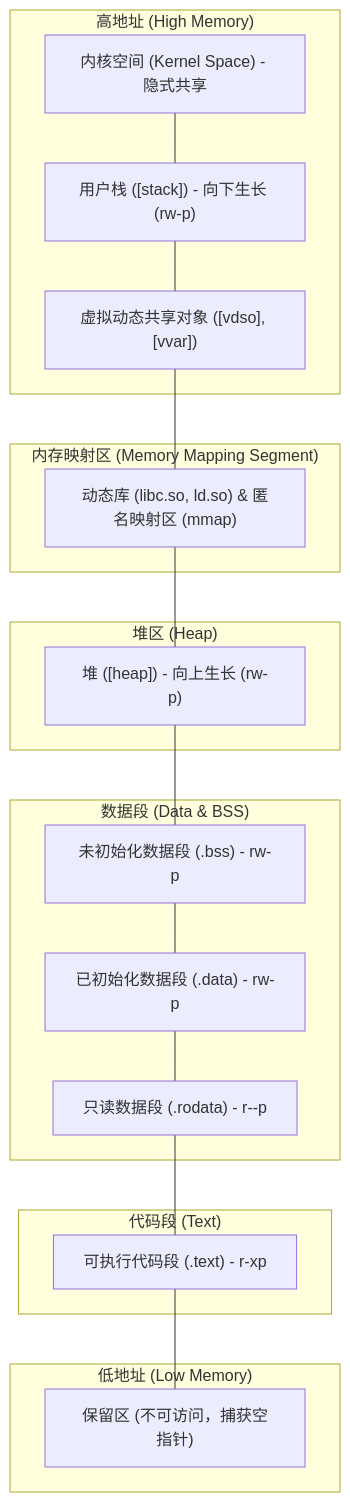
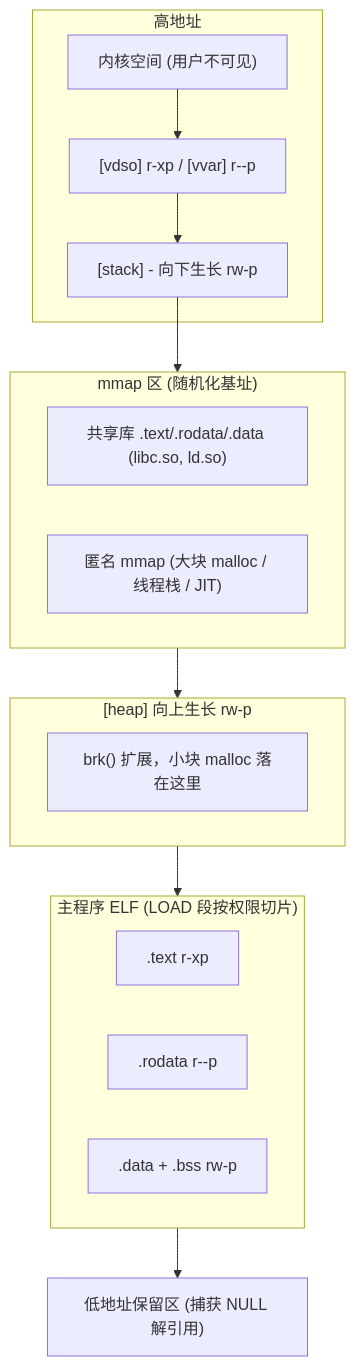
Before and after one commit to yceachan/Neo-Embedded-Linux: the diagram in note/虚拟化/进程地址空间/00-进程地址空间.md, drawn with Mermaid. The commit also changed other lines of this file and 92 other files, not shown here.

````diff
--- a/note/虚拟化/进程地址空间/00-进程地址空间.md
+++ b/note/虚拟化/进程地址空间/00-进程地址空间.md
@@ -92,35 +38,23 @@
 ```mermaid
 graph TD
-    subgraph "高地址 (High Memory)"
-        Kernel["内核空间 (Kernel Space) - 隐式共享"]
-        Stack["用户栈 ([stack]) - 向下生长 (rw-p)"]
-        VDSO["虚拟动态共享对象 ([vdso], [vvar])"]
+    subgraph High["高地址"]
+        K["内核空间 (用户不可见)"]
+        VD["[vdso] r-xp / [vvar] r--p"]
+        ST["[stack] - 向下生长 rw-p"]
     end
-    subgraph "内存映射区 (Memory Mapping Segment)"
-        Mmap["动态库 (libc.so, ld.so) & 匿名映射区 (mmap)"]
+    subgraph MMAP["mmap 区 (随机化基址)"]
+        L["共享库 .text/.rodata/.data (libc.so, ld.so)"]
+        A["匿名 mmap (大块 malloc / 线程栈 / JIT)"]
     end
-    subgraph "堆区 (Heap)"
-        Heap["堆 ([heap]) - 向上生长 (rw-p)"]
+    subgraph Heap["[heap] 向上生长 rw-p"]
+        H["brk() 扩展，小块 malloc 落在这里"]
     end
-    subgraph "数据段 (Data & BSS)"
-        BSS["未初始化数据段 (.bss) - rw-p"]
-        Data["已初始化数据段 (.data) - rw-p"]
-        Rodata["只读数据段 (.rodata) - r--p"]
+    subgraph Exe["主程序 ELF (LOAD 段按权限切片)"]
+        T1[".text  r-xp"]
+        T2[".rodata r--p"]
+        T3[".data + .bss  rw-p"]
     end
-    subgraph "代码段 (Text)"
-        Text["可执行代码段 (.text) - r-xp"]
-    end
-    subgraph "低地址 (Low Memory)"
-        Null["保留区 (不可访问，捕获空指针)"]
-    end
+    NULL["低地址保留区 (捕获 NULL 解引用)"]
 
-    Kernel --- Stack
-    Stack --- VDSO
-    VDSO --- Mmap
-    Mmap --- Heap
-    Heap --- BSS
-    BSS --- Data
-    Data --- Rodata
-    Rodata --- Text
-    Text --- Null
+    K --> VD --> ST --> MMAP --> Heap --> Exe --> NULL
 ```
````
